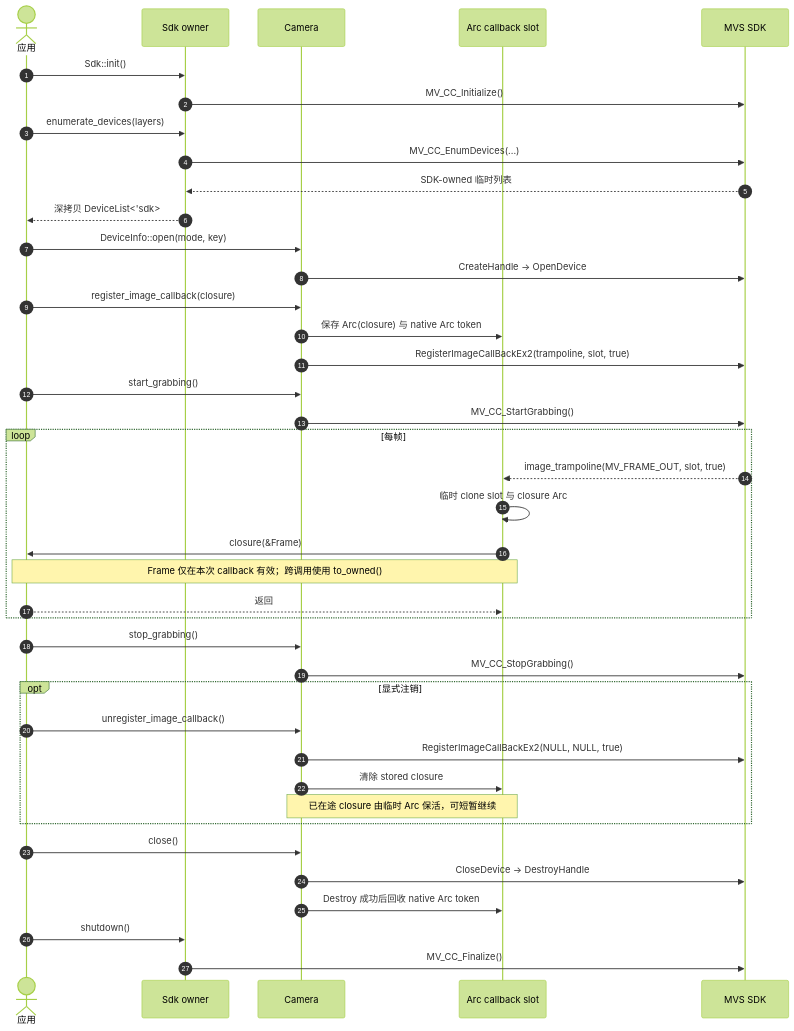
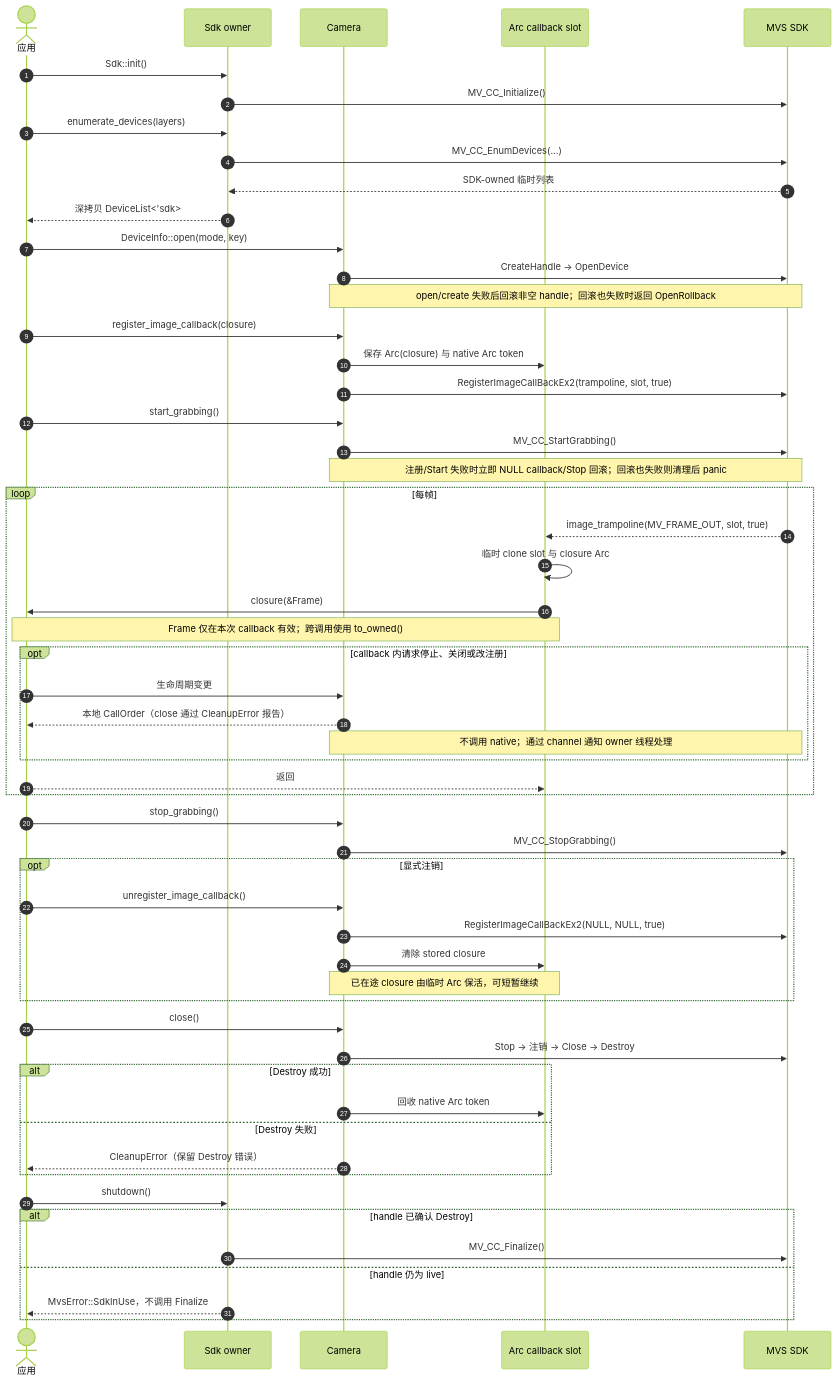
Before and after one commit to JSB-Unscarred/mvs-sdk-rs: the diagram in 时序图/Callback取流.md, drawn with Mermaid (forest theme). The commit also changed other lines of this file and 17 other files, not shown here.

````diff
--- a/时序图/Callback取流.md
+++ b/时序图/Callback取流.md
@@ -3,47 +3,62 @@
 ```mermaid
 sequenceDiagram
     autonumber
     actor App as 应用
     participant Sdk as Sdk owner
     participant Camera as Camera
     participant Slot as Arc callback slot
     participant Native as MVS SDK
 
     App->>Sdk: Sdk::init()
     Sdk->>Native: MV_CC_Initialize()
     App->>Sdk: enumerate_devices(layers)
     Sdk->>Native: MV_CC_EnumDevices(...)
     Native-->>Sdk: SDK-owned 临时列表
     Sdk-->>App: 深拷贝 DeviceList<'sdk>
 
     App->>Camera: DeviceInfo::open(mode, key)
     Camera->>Native: CreateHandle → OpenDevice
+    Note over Camera,Native: open/create 失败后回滚非空 handle；回滚也失败时返回 OpenRollback
     App->>Camera: register_image_callback(closure)
     Camera->>Slot: 保存 Arc(closure) 与 native Arc token
     Camera->>Native: RegisterImageCallBackEx2(trampoline, slot, true)
     App->>Camera: start_grabbing()
     Camera->>Native: MV_CC_StartGrabbing()
+    Note over Camera,Native: 注册/Start 失败时立即 NULL callback/Stop 回滚；回滚也失败则清理后 panic
 
     loop 每帧
         Native-->>Slot: image_trampoline(MV_FRAME_OUT, slot, true)
         Slot->>Slot: 临时 clone slot 与 closure Arc
         Slot->>App: closure(&Frame)
         Note over Slot,App: Frame 仅在本次 callback 有效；跨调用使用 to_owned()
+        opt callback 内请求停止、关闭或改注册
+            App->>Camera: 生命周期变更
+            Camera-->>App: 本地 CallOrder（close 通过 CleanupError 报告）
+            Note over Camera,Native: 不调用 native；通过 channel 通知 owner 线程处理
+        end
         App-->>Slot: 返回
     end
 
     App->>Camera: stop_grabbing()
     Camera->>Native: MV_CC_StopGrabbing()
     opt 显式注销
         App->>Camera: unregister_image_callback()
         Camera->>Native: RegisterImageCallBackEx2(NULL, NULL, true)
         Camera->>Slot: 清除 stored closure
         Note over Camera,Slot: 已在途 closure 由临时 Arc 保活，可短暂继续
     end
 
     App->>Camera: close()
-    Camera->>Native: CloseDevice → DestroyHandle
-    Camera->>Slot: Destroy 成功后回收 native Arc token
+    Camera->>Native: Stop → 注销 → Close → Destroy
+    alt Destroy 成功
+        Camera->>Slot: 回收 native Arc token
+    else Destroy 失败
+        Camera-->>App: CleanupError（保留 Destroy 错误）
+    end
     App->>Sdk: shutdown()
-    Sdk->>Native: MV_CC_Finalize()
+    alt handle 已确认 Destroy
+        Sdk->>Native: MV_CC_Finalize()
+    else handle 仍为 live
+        Sdk-->>App: MvsError::SdkInUse，不调用 Finalize
+    end
 ```
````
